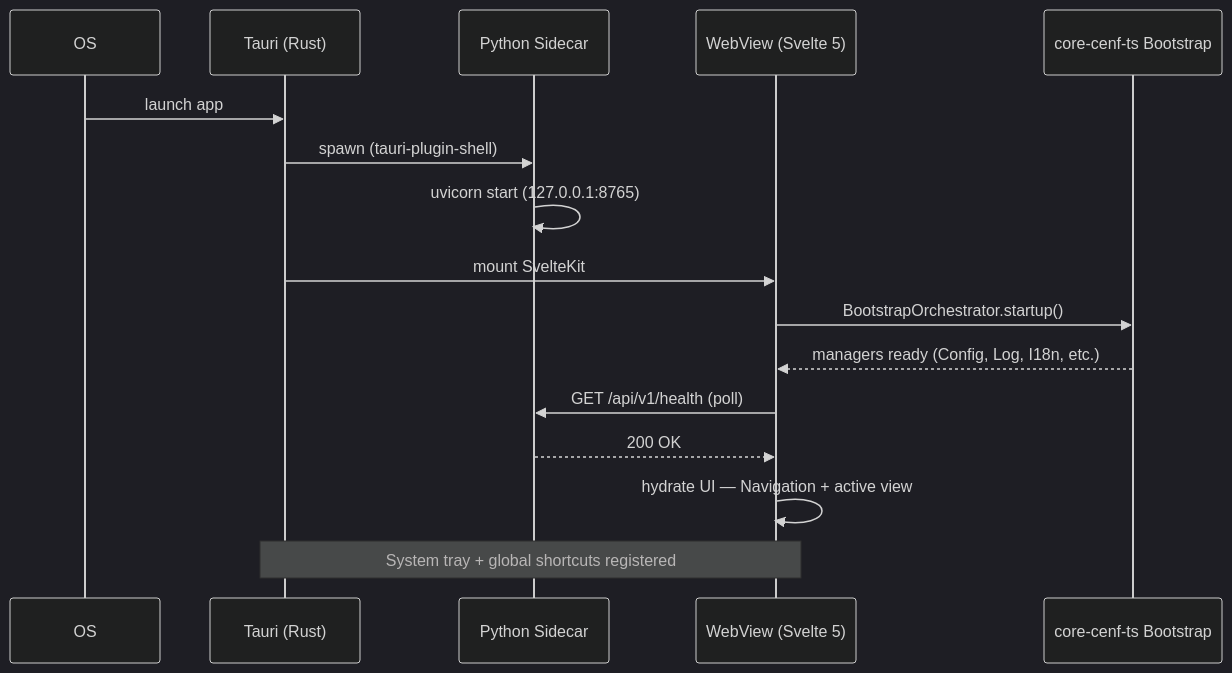
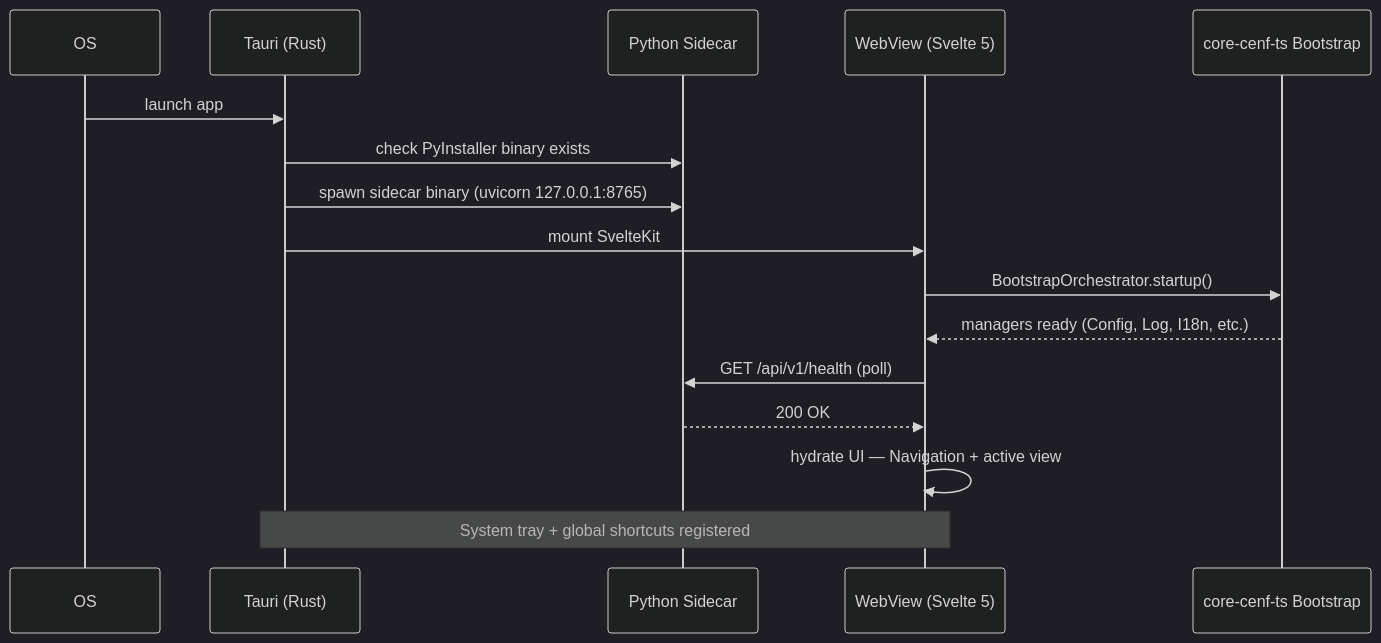
Before and after one commit to CENFARG/Audio2TextCENF: the first of 3 diagrams in openspec/changes/audio2text-v0.16.0-tauri-migration/design.md, drawn with Mermaid (dark theme). The commit also changed other lines of this file and 3 other files, not shown here.

Commit message:
fix(sdd): resolve all 11 judgment day findings — sidecar, pnpm-workspace, WS reconnect, dark/light, permissions, race condition, ~400 lines Rust, slice split, missing components, MockApiClient

````diff
--- a/openspec/changes/audio2text-v0.16.0-tauri-migration/design.md
+++ b/openspec/changes/audio2text-v0.16.0-tauri-migration/design.md
@@ -24,19 +24,19 @@
 ```mermaid
 sequenceDiagram
     participant OS as OS
     participant Rust as Tauri (Rust)
     participant Sidecar as Python Sidecar
     participant WS as WebView (Svelte 5)
     participant CET as core-cenf-ts Bootstrap
 
     OS->>Rust: launch app
-    Rust->>Sidecar: spawn (tauri-plugin-shell)
-    Sidecar->>Sidecar: uvicorn start (127.0.0.1:8765)
+    Rust->>Sidecar: check PyInstaller binary exists
+    Rust->>Sidecar: spawn sidecar binary (uvicorn 127.0.0.1:8765)
     Rust->>WS: mount SvelteKit
     WS->>CET: BootstrapOrchestrator.startup()
     CET-->>WS: managers ready (Config, Log, I18n, etc.)
     WS->>Sidecar: GET /api/v1/health (poll)
     Sidecar-->>WS: 200 OK
     WS->>WS: hydrate UI — Navigation + active view
     Note over Rust,WS: System tray + global shortcuts registered
 ```
````
